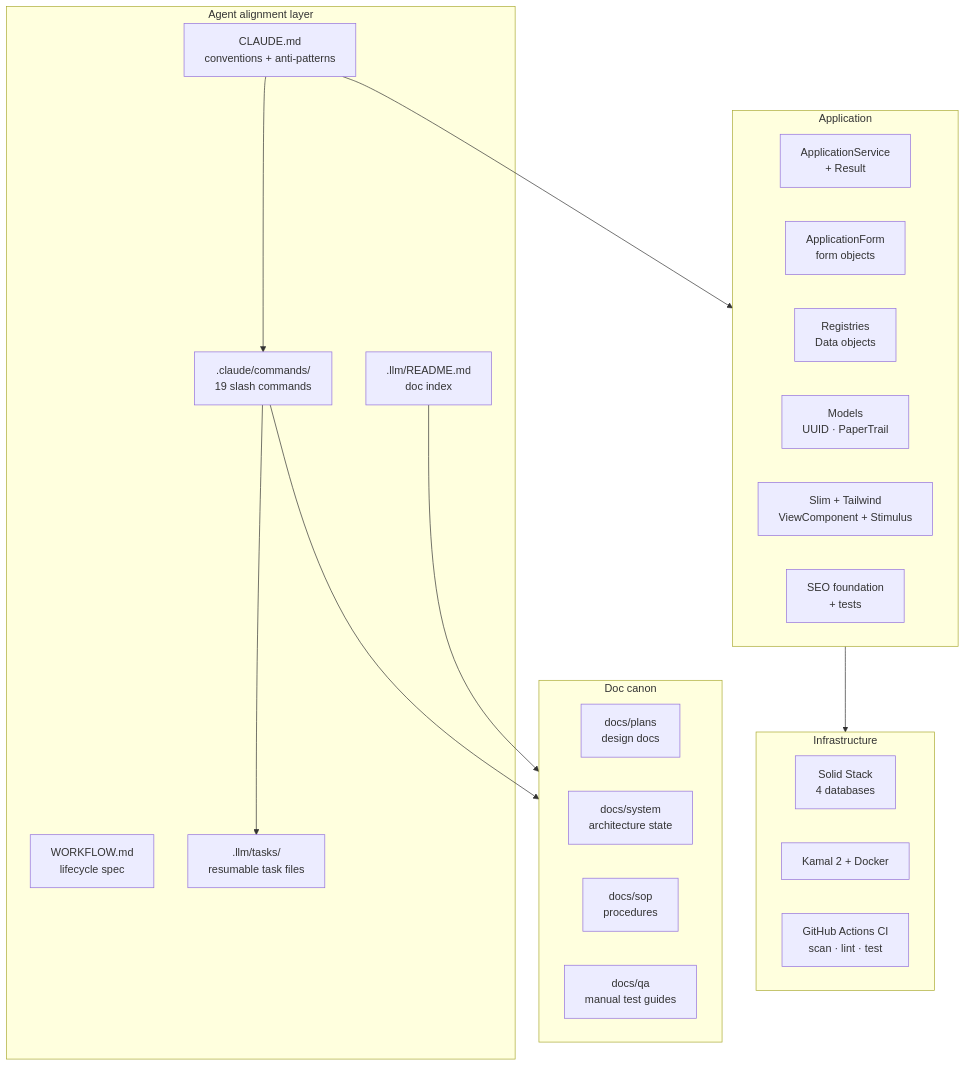
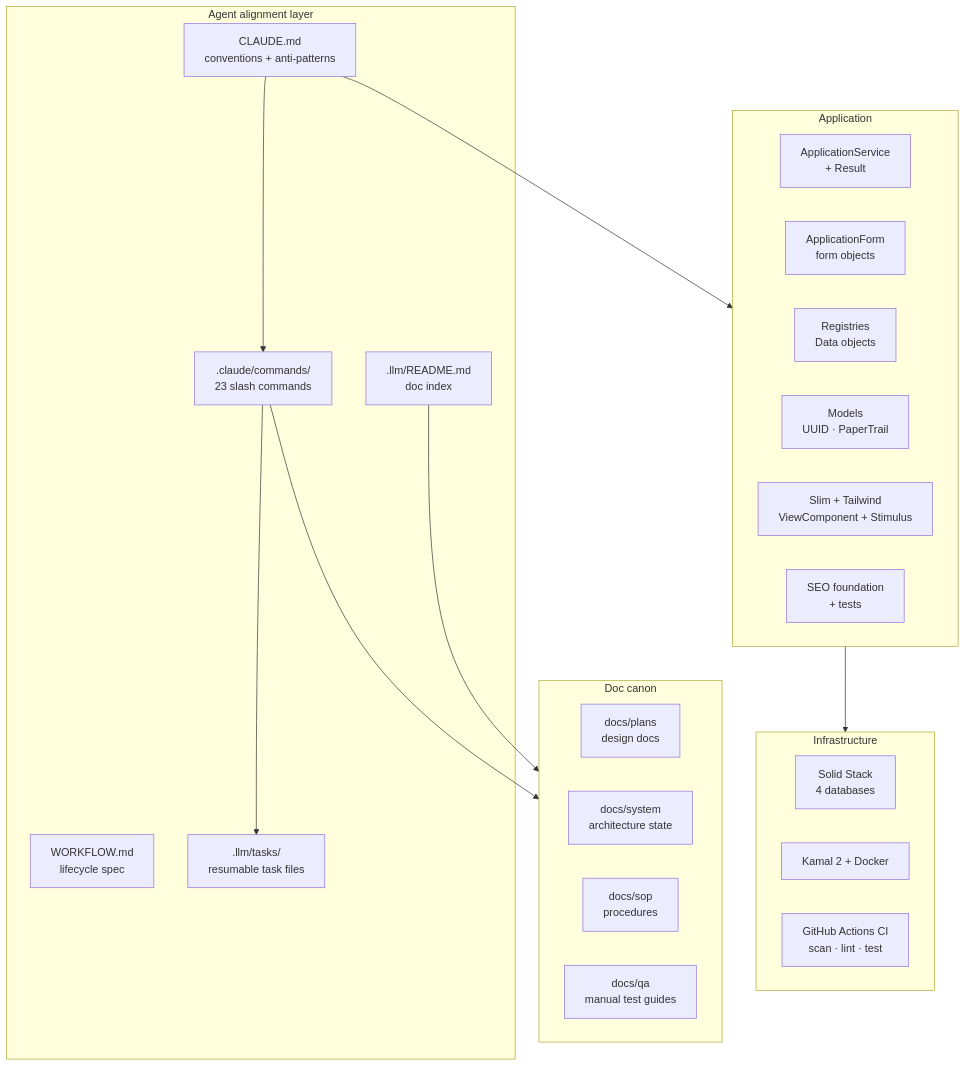
The first of 3 diagrams in docs/inventory.md (PositiveControl/rails-rocket-sheep), drawn with Mermaid before and after one commit. The commit also changed other lines of this file and 25 other files, not shown here.

````diff
--- a/docs/inventory.md
+++ b/docs/inventory.md
@@ -11,39 +11,39 @@
 ```mermaid
 flowchart TB
   subgraph AGENT ["Agent alignment layer"]
     CM["CLAUDE.md<br/>conventions + anti-patterns"]
     WF["WORKFLOW.md<br/>lifecycle spec"]
-    CMD[".claude/commands/<br/>19 slash commands"]
+    CMD[".claude/commands/<br/>23 slash commands"]
     IDX[".llm/README.md<br/>doc index"]
     TSK[".llm/tasks/<br/>resumable task files"]
   end
 
   subgraph DOCS ["Doc canon"]
     DP["docs/plans<br/>design docs"]
     DSY["docs/system<br/>architecture state"]
     DSO["docs/sop<br/>procedures"]
     DQ["docs/qa<br/>manual test guides"]
   end
 
   subgraph APP ["Application"]
     SVC["ApplicationService<br/>+ Result"]
     FRM["ApplicationForm<br/>form objects"]
     REG["Registries<br/>Data objects"]
     MOD["Models<br/>UUID · PaperTrail"]
     VW["Slim + Tailwind<br/>ViewComponent + Stimulus"]
     SEO["SEO foundation<br/>+ tests"]
   end
 
   subgraph INFRA ["Infrastructure"]
     SOLID["Solid Stack<br/>4 databases"]
     KAM["Kamal 2 + Docker"]
     CI["GitHub Actions CI<br/>scan · lint · test"]
   end
 
   CM --> CMD
   CMD --> DOCS
   CMD --> TSK
   IDX --> DOCS
   CM --> APP
   APP --> INFRA
 ```
````
